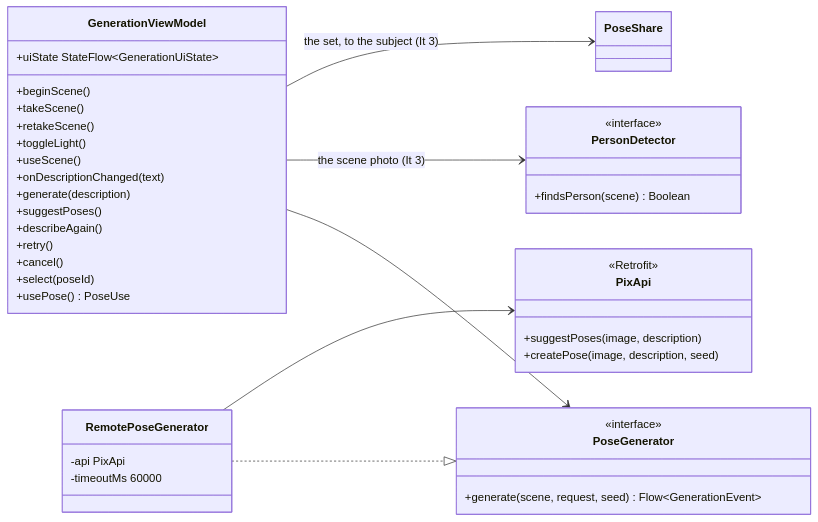
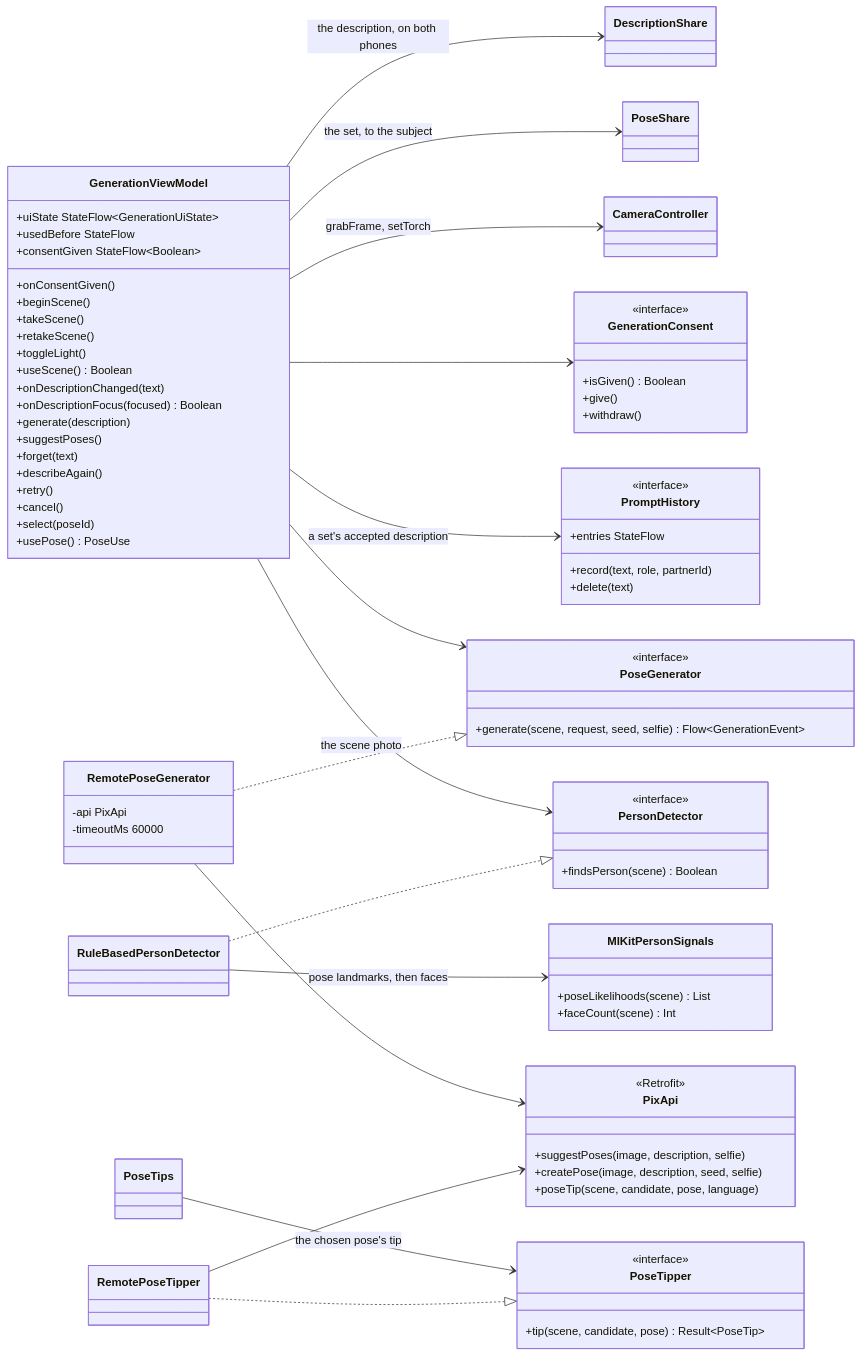
One commit to snuhcs-course/swpp-2026-project-team-10 changed the eighth of 13 diagrams in wiki/Design-Documentation.md. Above: the diagram before and after it, drawn with Mermaid. The commit also changed other lines of this file and 4 other files, not shown here.

````diff
--- a/wiki/Design-Documentation.md
+++ b/wiki/Design-Documentation.md
@@ -891,42 +994,80 @@
 ```mermaid
 classDiagram
   direction LR
   class GenerationViewModel {
     +uiState StateFlow~GenerationUiState~
+    +usedBefore StateFlow
+    +consentGiven StateFlow~Boolean~
+    +onConsentGiven()
     +beginScene()
     +takeScene()
     +retakeScene()
     +toggleLight()
-    +useScene()
+    +useScene() Boolean
     +onDescriptionChanged(text)
+    +onDescriptionFocus(focused) Boolean
     +generate(description)
     +suggestPoses()
+    +forget(text)
     +describeAgain()
     +retry()
     +cancel()
     +select(poseId)
     +usePose() PoseUse
   }
   class PoseGenerator {
     <<interface>>
-    +generate(scene, request, seed) Flow~GenerationEvent~
+    +generate(scene, request, seed, selfie) Flow~GenerationEvent~
   }
   class RemotePoseGenerator {
     -api PixApi
     -timeoutMs 60000
   }
   class PixApi {
     <<Retrofit>>
-    +suggestPoses(image, description)
-    +createPose(image, description, seed)
+    +suggestPoses(image, description, selfie)
+    +createPose(image, description, seed, selfie)
+    +poseTip(scene, candidate, pose, language)
   }
   class PersonDetector {
     <<interface>>
     +findsPerson(scene) Boolean
   }
+  class RuleBasedPersonDetector
+  class MlKitPersonSignals {
+    +poseLikelihoods(scene) List
+    +faceCount(scene) Int
+  }
+  class PromptHistory {
+    <<interface>>
+    +entries StateFlow
+    +record(text, role, partnerId)
+    +delete(text)
+  }
+  class GenerationConsent {
+    <<interface>>
+    +isGiven() Boolean
+    +give()
+    +withdraw()
+  }
+  class PoseTips
+  class PoseTipper {
+    <<interface>>
+    +tip(scene, candidate, pose) Result~PoseTip~
+  }
+  class RemotePoseTipper
   GenerationViewModel --> PoseGenerator
-  GenerationViewModel --> PersonDetector : the scene photo (It 3)
-  GenerationViewModel --> PoseShare : the set, to the subject (It 3)
+  GenerationViewModel --> PersonDetector : the scene photo
+  GenerationViewModel --> PromptHistory : a set's accepted description
+  GenerationViewModel --> GenerationConsent
+  GenerationViewModel --> CameraController : grabFrame, setTorch
+  GenerationViewModel --> PoseShare : the set, to the subject
+  GenerationViewModel --> DescriptionShare : the description, on both phones
   RemotePoseGenerator ..|> PoseGenerator
   RemotePoseGenerator --> PixApi
+  RuleBasedPersonDetector ..|> PersonDetector
+  RuleBasedPersonDetector --> MlKitPersonSignals : pose landmarks, then faces
+  PoseTips --> PoseTipper : the chosen pose's tip
+  RemotePoseTipper ..|> PoseTipper
+  RemotePoseTipper --> PixApi
 ```
````
